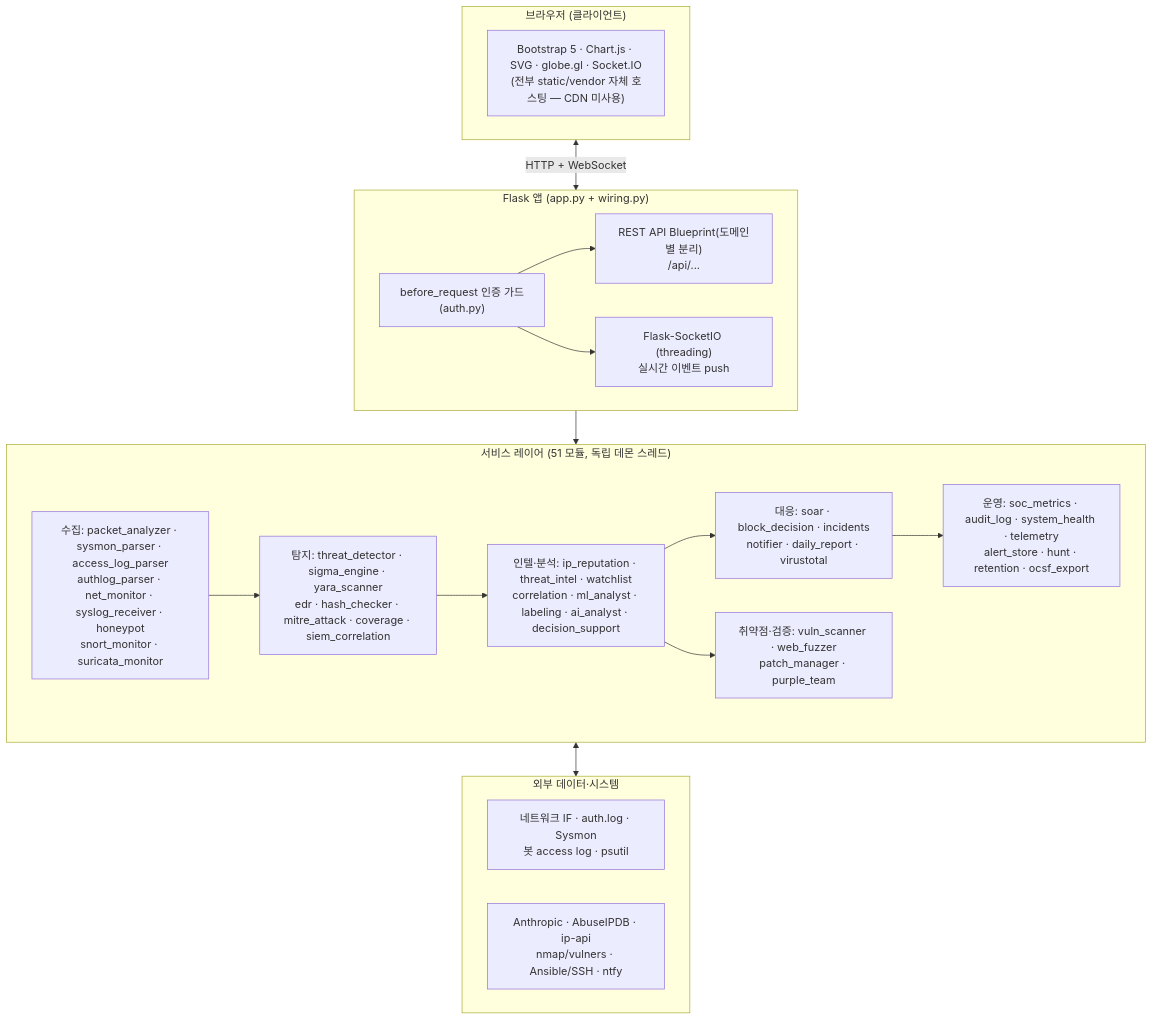
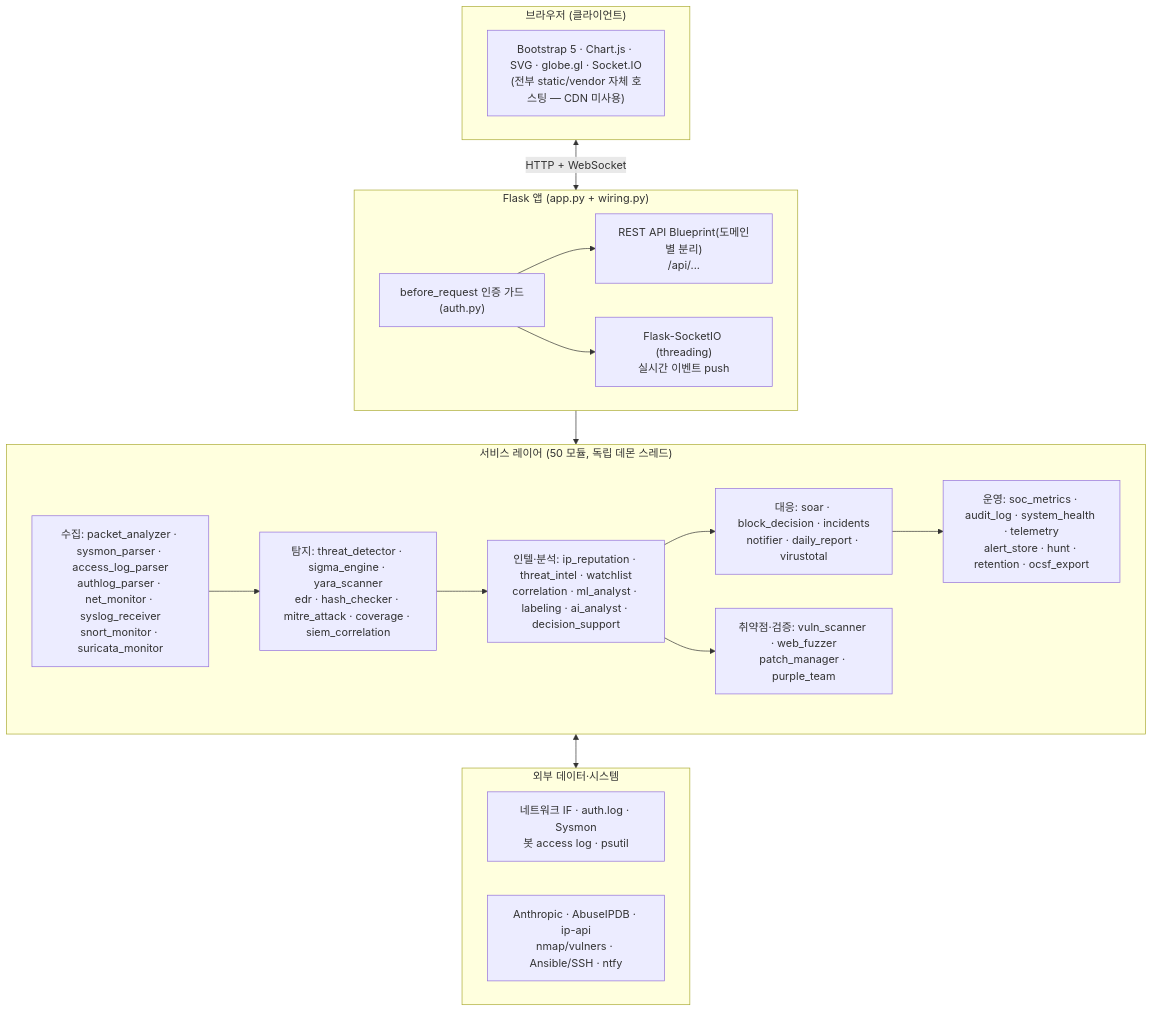
The first of 2 diagrams in docs/architecture.md (MintKangaroo/AI-SOC-DashBoard), drawn with Mermaid before and after one commit. The commit also changed other lines of this file and 25 other files, not shown here.

````diff
--- a/docs/architecture.md
+++ b/docs/architecture.md
@@ -5,30 +5,30 @@
 ```mermaid
 flowchart TB
   subgraph Client["브라우저 (클라이언트)"]
     UI["Bootstrap 5 · Chart.js · SVG · globe.gl · Socket.IO<br/>(전부 static/vendor 자체 호스팅 — CDN 미사용)"]
   end
   subgraph Flask["Flask 앱 (app.py + wiring.py)"]
     API["REST API Blueprint(도메인별 분리)<br/>/api/..."]
     WS["Flask-SocketIO (threading)<br/>실시간 이벤트 push"]
     AUTH["before_request 인증 가드<br/>(auth.py)"]
   end
-  subgraph Services["서비스 레이어 (51 모듈, 독립 데몬 스레드)"]
-    COLLECT["수집: packet_analyzer · sysmon_parser · access_log_parser<br/>authlog_parser · net_monitor · syslog_receiver · honeypot<br/>snort_monitor · suricata_monitor"]
+  subgraph Services["서비스 레이어 (50 모듈, 독립 데몬 스레드)"]
+    COLLECT["수집: packet_analyzer · sysmon_parser · access_log_parser<br/>authlog_parser · net_monitor · syslog_receiver<br/>snort_monitor · suricata_monitor"]
     DETECT["탐지: threat_detector · sigma_engine · yara_scanner<br/>edr · hash_checker · mitre_attack · coverage · siem_correlation"]
     INTEL["인텔·분석: ip_reputation · threat_intel · watchlist<br/>correlation · ml_analyst · labeling · ai_analyst · decision_support"]
     RESPOND["대응: soar · block_decision · incidents<br/>notifier · daily_report · virustotal"]
     VULN["취약점·검증: vuln_scanner · web_fuzzer<br/>patch_manager · purple_team"]
     OPS["운영: soc_metrics · audit_log · system_health · telemetry<br/>alert_store · hunt · retention · ocsf_export"]
   end
   subgraph External["외부 데이터·시스템"]
     SRC["네트워크 IF · auth.log · Sysmon<br/>봇 access log · psutil"]
     APIS["Anthropic · AbuseIPDB · ip-api<br/>nmap/vulners · Ansible/SSH · ntfy"]
   end
   Client <-->|"HTTP + WebSocket"| Flask
   AUTH --> API & WS
   Flask --> Services
   COLLECT --> DETECT --> INTEL --> RESPOND
   INTEL --> VULN
   RESPOND --> OPS
   Services <--> External
 ```
````
